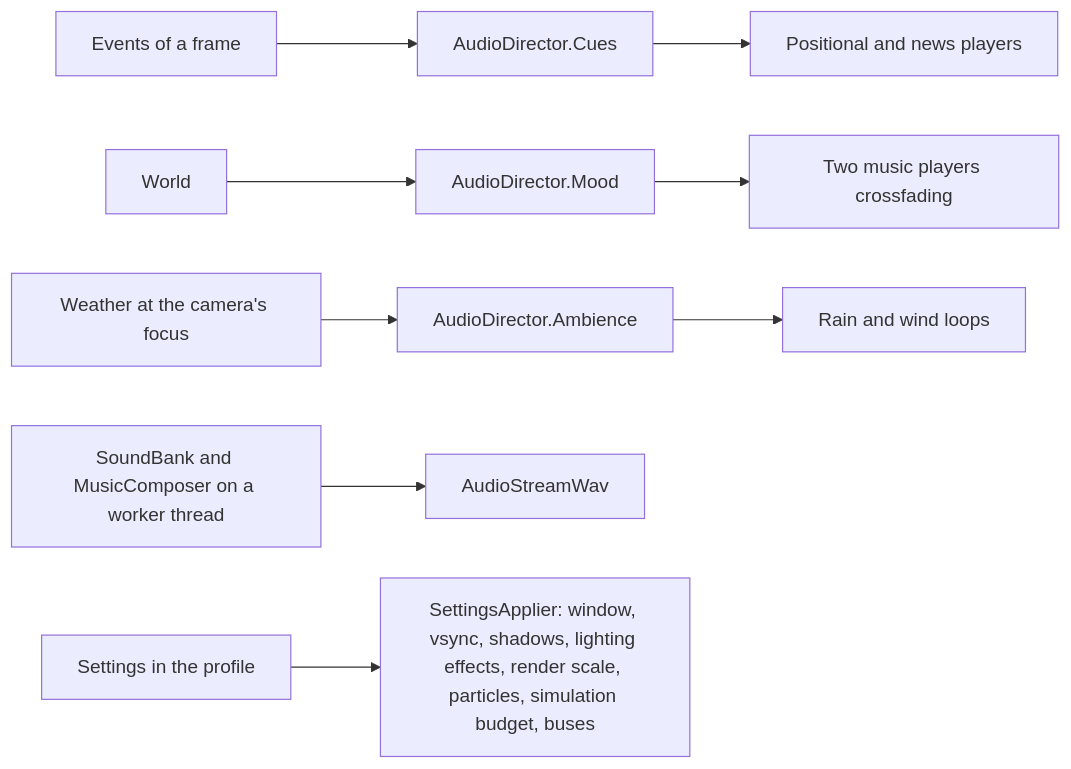
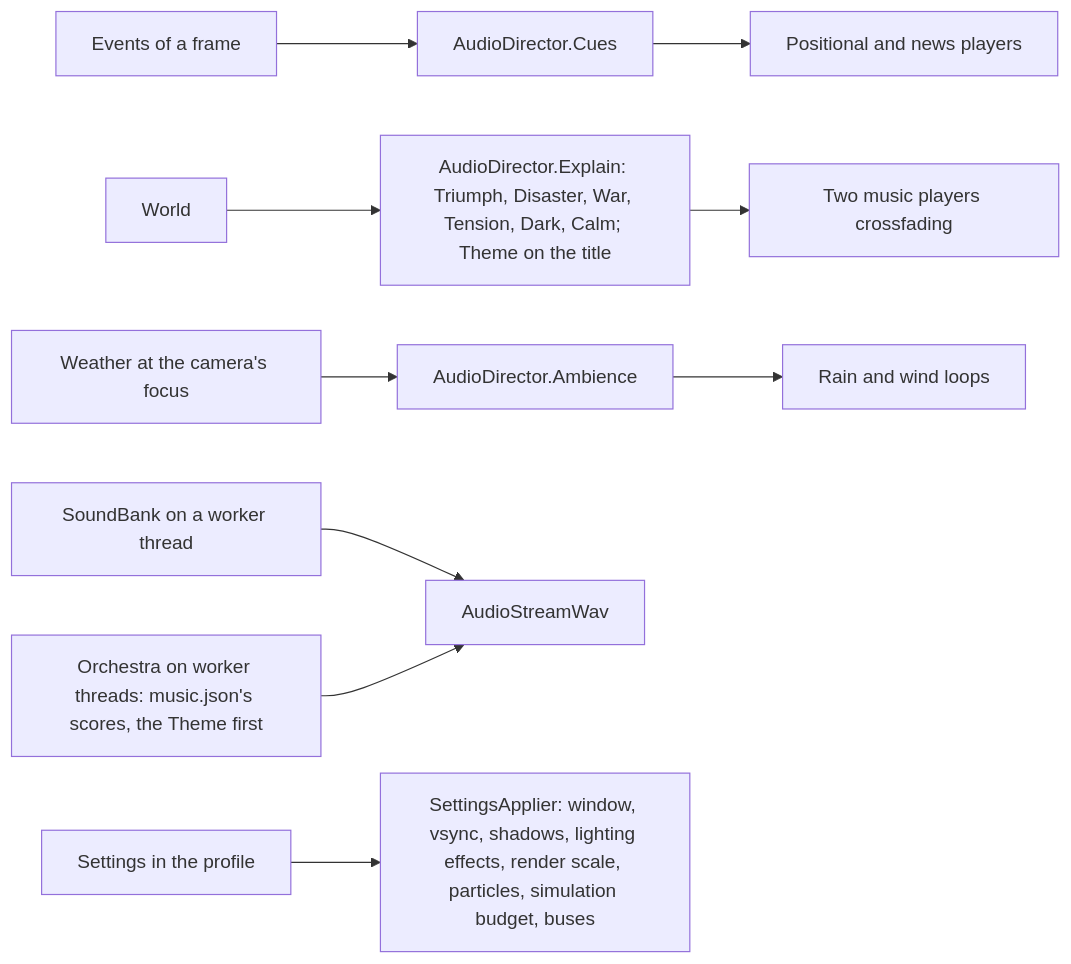
Before and after one commit to roeyazroel/pantheon: diagram 12 of 37 in docs/ARCHITECTURE.md, drawn with Mermaid. The commit also changed other lines of this file and 29 other files, not shown here.

First line of the commit message:
Milestone 15, part 50 (An orchestra: dramatic music made in code): §60

````diff
--- a/docs/ARCHITECTURE.md
+++ b/docs/ARCHITECTURE.md
@@ -1387,11 +1387,12 @@
 ```mermaid
 flowchart LR
     events[Events of a frame] --> director[AudioDirector.Cues]
-    world[World] --> mood[AudioDirector.Mood]
+    world[World] --> mood[AudioDirector.Explain: Triumph, Disaster, War, Tension, Dark, Calm; Theme on the title]
     weather[Weather at the camera's focus] --> ambience[AudioDirector.Ambience]
-    bank[SoundBank and MusicComposer on a worker thread] --> streams[AudioStreamWav]
+    bank[SoundBank on a worker thread] --> streams[AudioStreamWav]
+    orchestra[Orchestra on worker threads: music.json's scores, the Theme first] --> streams
     director --> players[Positional and news players]
     mood --> music[Two music players crossfading]
     ambience --> loops[Rain and wind loops]
     settings[Settings in the profile] --> applier[SettingsApplier: window, vsync, shadows, lighting effects, render scale, particles, simulation budget, buses]
 ```
````
